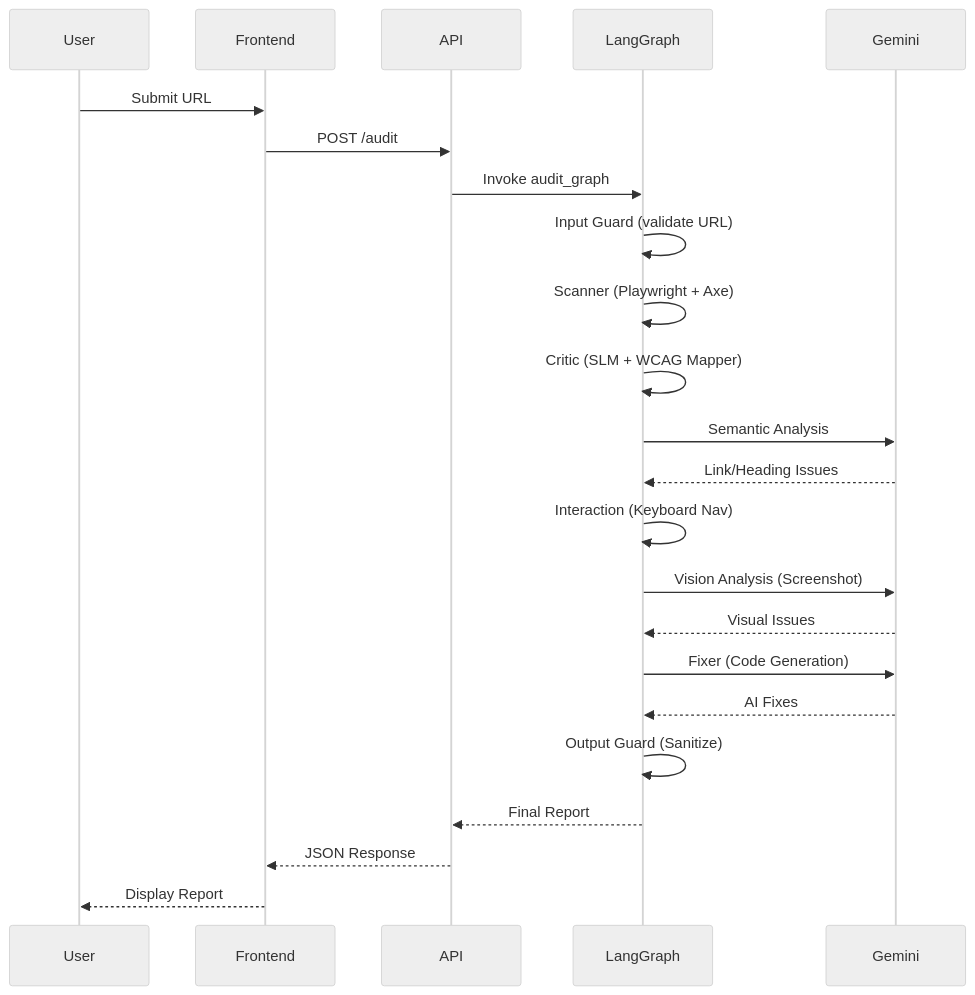
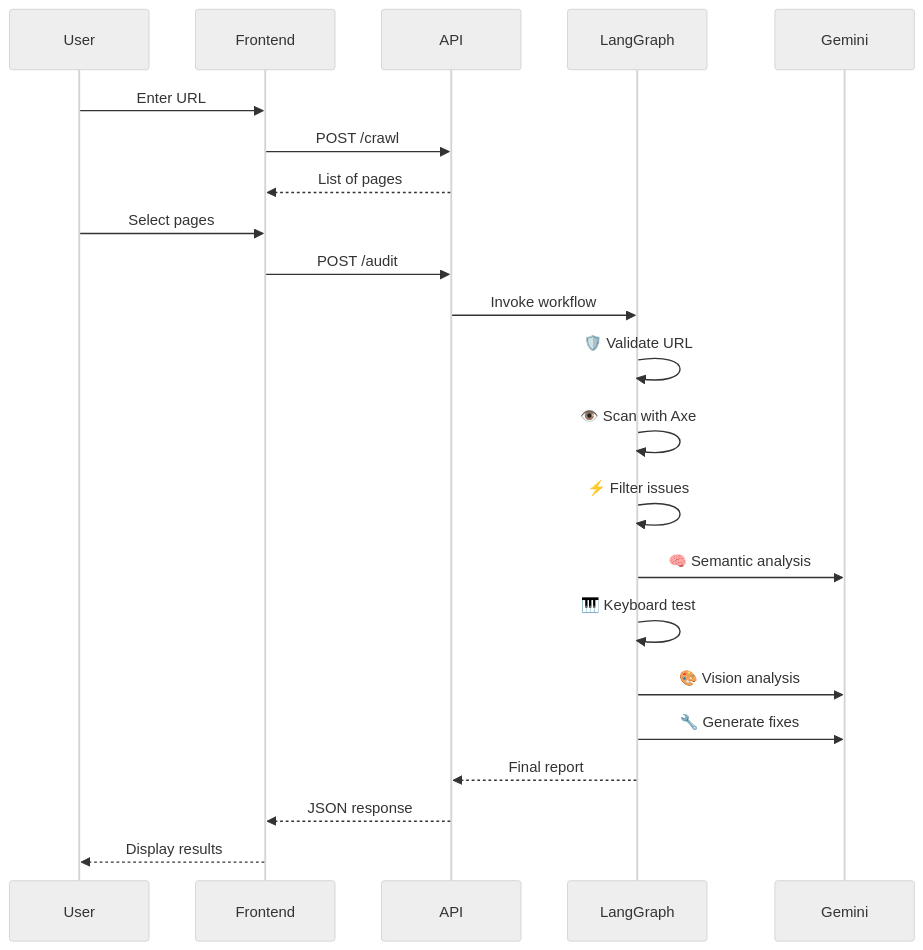
One commit to arjunbhakuninewgen/EmpathAI_auditor changed the second of 2 diagrams in README.md. Above: the diagram before and after it, drawn with Mermaid (neutral theme). The commit also changed other lines of this file and 6 other files, not shown here.

Commit message:
feat: Implement initial web accessibility auditor frontend with crawling, auditing, and PDF export, and add backend environment configuration and core graph/DOM scanning modules.

````diff
--- a/README.md
+++ b/README.md
@@ -204,28 +149,27 @@
 ```mermaid
 sequenceDiagram
-    participant User
-    participant Frontend
-    participant API
-    participant LangGraph
-    participant Gemini
+    participant U as User
+    participant F as Frontend
+    participant A as API
+    participant W as LangGraph
+    participant G as Gemini
 
-    User->>Frontend: Submit URL
-    Frontend->>API: POST /audit
-    API->>LangGraph: Invoke audit_graph
+    U->>F: Enter URL
+    F->>A: POST /crawl
+    A-->>F: List of pages
+    U->>F: Select pages
+    F->>A: POST /audit
+    A->>W: Invoke workflow
     
-    LangGraph->>LangGraph: Input Guard (validate URL)
-    LangGraph->>LangGraph: Scanner (Playwright + Axe)
-    LangGraph->>LangGraph: Critic (SLM + WCAG Mapper)
-    LangGraph->>Gemini: Semantic Analysis
-    Gemini-->>LangGraph: Link/Heading Issues
-    LangGraph->>LangGraph: Interaction (Keyboard Nav)
-    LangGraph->>Gemini: Vision Analysis (Screenshot)
-    Gemini-->>LangGraph: Visual Issues
-    LangGraph->>Gemini: Fixer (Code Generation)
-    Gemini-->>LangGraph: AI Fixes
-    LangGraph->>LangGraph: Output Guard (Sanitize)
+    W->>W: 🛡️ Validate URL
+    W->>W: 👁️ Scan with Axe
+    W->>W: ⚡ Filter issues
+    W->>G: 🧠 Semantic analysis
+    W->>W: 🎹 Keyboard test
+    W->>G: 🎨 Vision analysis
+    W->>G: 🔧 Generate fixes
     
-    LangGraph-->>API: Final Report
-    API-->>Frontend: JSON Response
-    Frontend-->>User: Display Report
+    W-->>A: Final report
+    A-->>F: JSON response
+    F-->>U: Display results
 ```
````
